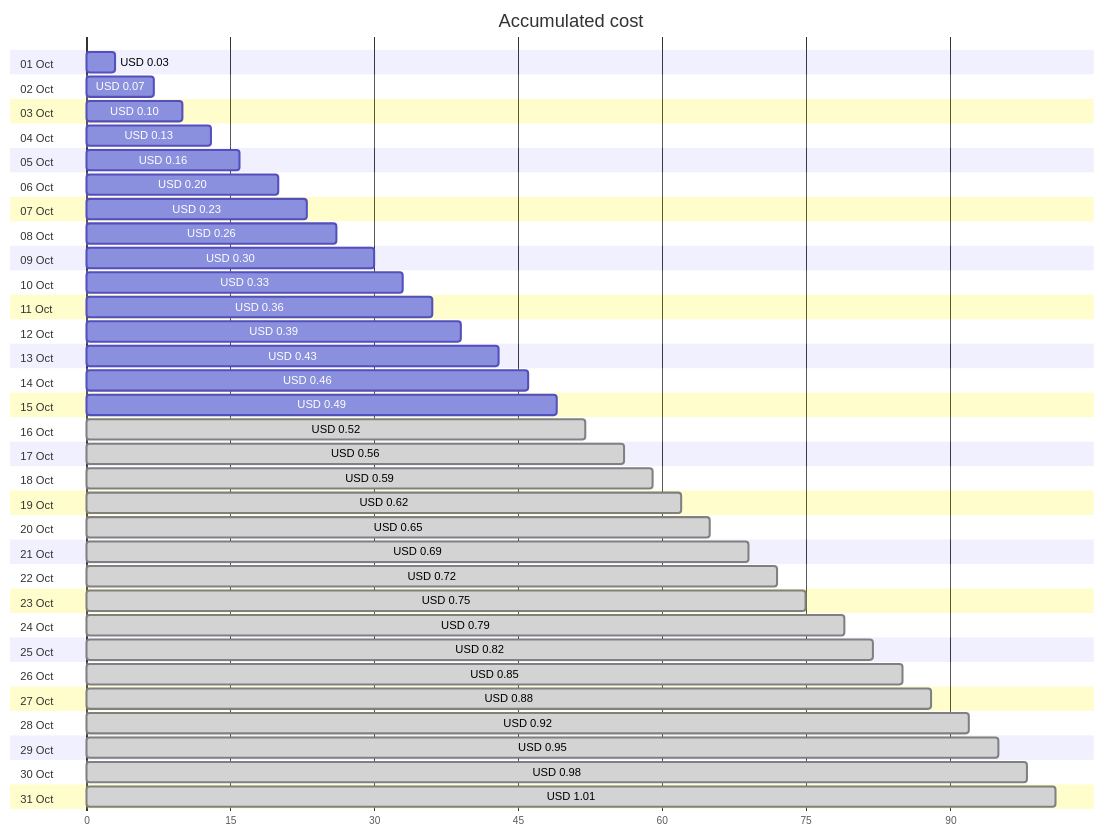
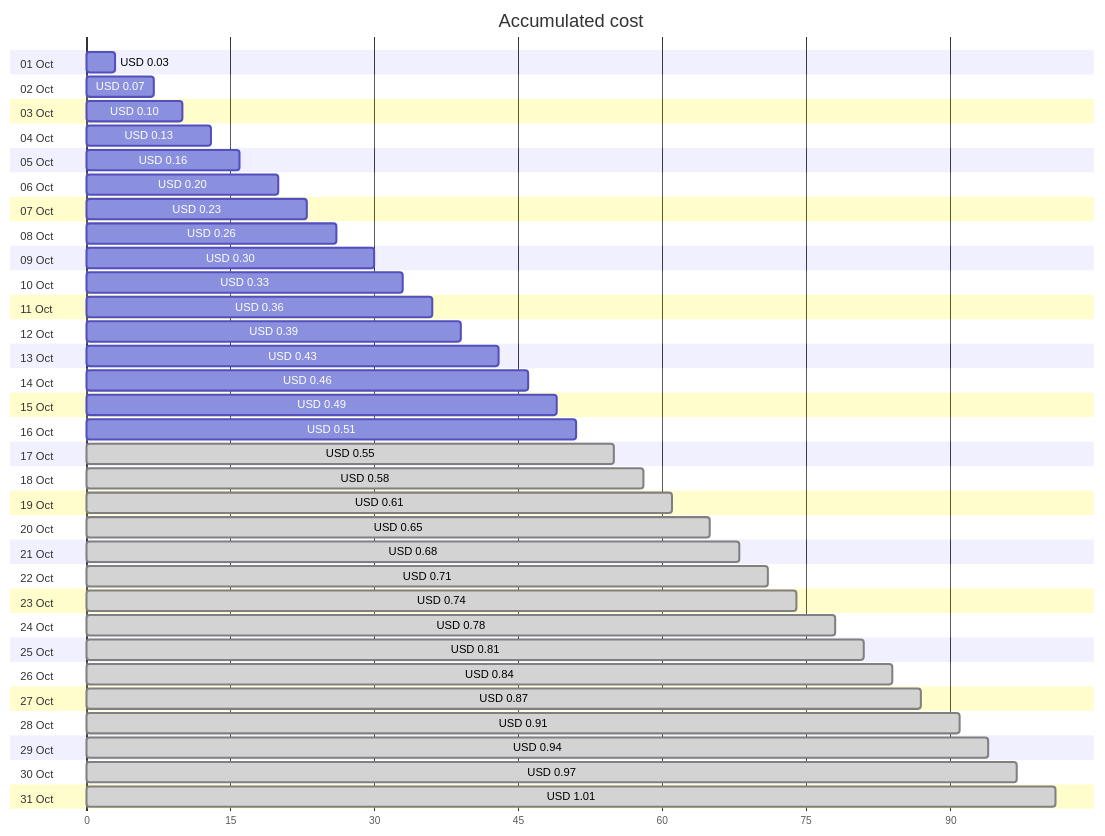
The first of 4 diagrams in cost-reports/personal-dns/README.md (jpfulton/azure-personal-reports), drawn with Mermaid before and after one commit. The commit also changed other lines of this file and 2 other files, not shown here.

Commit message:
Generated reports [skip ci]

````diff
--- a/cost-reports/personal-dns/README.md
+++ b/cost-reports/personal-dns/README.md
@@ -20,68 +20,68 @@
 ```mermaid
 gantt
    title Accumulated cost
    dateFormat  X
    axisFormat %s
    section 01 Oct
    USD 0.03 :0, 3
    section 02 Oct
    USD 0.07 :0, 7
    section 03 Oct
    USD 0.10 :0, 10
    section 04 Oct
    USD 0.13 :0, 13
    section 05 Oct
    USD 0.16 :0, 16
    section 06 Oct
    USD 0.20 :0, 20
    section 07 Oct
    USD 0.23 :0, 23
    section 08 Oct
    USD 0.26 :0, 26
    section 09 Oct
    USD 0.30 :0, 30
    section 10 Oct
    USD 0.33 :0, 33
    section 11 Oct
    USD 0.36 :0, 36
    section 12 Oct
    USD 0.39 :0, 39
    section 13 Oct
    USD 0.43 :0, 43
    section 14 Oct
    USD 0.46 :0, 46
    section 15 Oct
    USD 0.49 :0, 49
    section 16 Oct
-   USD 0.52 : done, 0, 52
+   USD 0.51 :0, 51
    section 17 Oct
-   USD 0.56 : done, 0, 56
+   USD 0.55 : done, 0, 55
    section 18 Oct
-   USD 0.59 : done, 0, 59
+   USD 0.58 : done, 0, 58
    section 19 Oct
-   USD 0.62 : done, 0, 62
+   USD 0.61 : done, 0, 61
    section 20 Oct
    USD 0.65 : done, 0, 65
    section 21 Oct
-   USD 0.69 : done, 0, 69
+   USD 0.68 : done, 0, 68
    section 22 Oct
-   USD 0.72 : done, 0, 72
+   USD 0.71 : done, 0, 71
    section 23 Oct
-   USD 0.75 : done, 0, 75
+   USD 0.74 : done, 0, 74
    section 24 Oct
-   USD 0.79 : done, 0, 79
+   USD 0.78 : done, 0, 78
    section 25 Oct
-   USD 0.82 : done, 0, 82
+   USD 0.81 : done, 0, 81
    section 26 Oct
-   USD 0.85 : done, 0, 85
+   USD 0.84 : done, 0, 84
    section 27 Oct
-   USD 0.88 : done, 0, 88
+   USD 0.87 : done, 0, 87
    section 28 Oct
-   USD 0.92 : done, 0, 92
+   USD 0.91 : done, 0, 91
    section 29 Oct
-   USD 0.95 : done, 0, 95
+   USD 0.94 : done, 0, 94
    section 30 Oct
-   USD 0.98 : done, 0, 98
+   USD 0.97 : done, 0, 97
    section 31 Oct
    USD 1.01 : done, 0, 101
 ```
````
